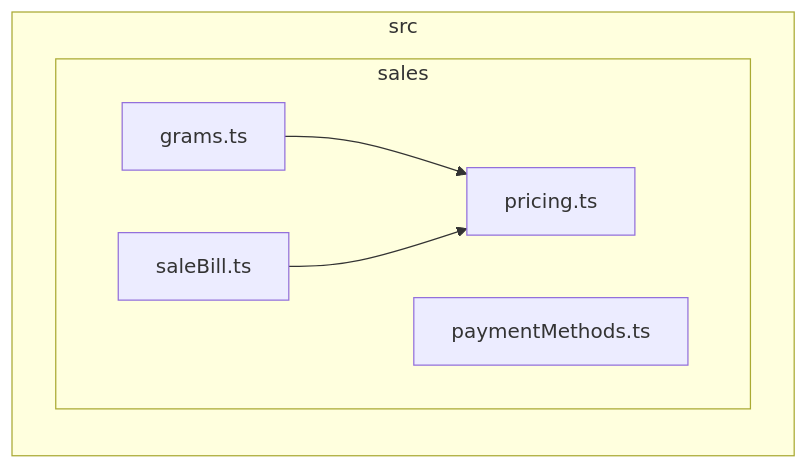
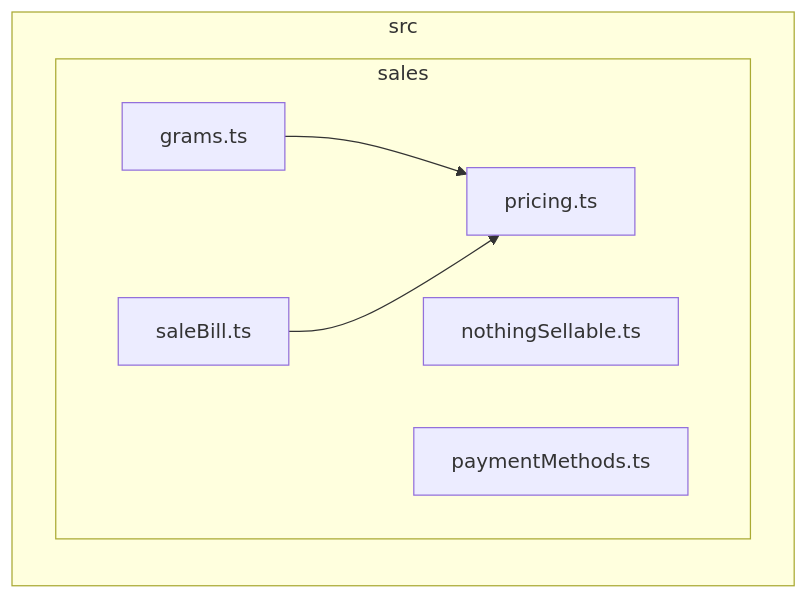
Before and after one commit to GonzaloZevallos/apostrophe: the diagram in docs/architecture/generated/front-modules/sales.md, drawn with Mermaid. The commit also changed 1 other file, not shown here.

Commit message:
chore(docs): regenerate [skip ci]

````diff
--- a/docs/architecture/generated/front-modules/sales.md
+++ b/docs/architecture/generated/front-modules/sales.md
@@ -7,13 +7,14 @@
 ```mermaid
 flowchart LR
 subgraph src["src"]
   subgraph src_sales["sales"]
     src_sales_grams_ts["grams.ts"]
+    src_sales_nothingSellable_ts["nothingSellable.ts"]
     src_sales_paymentMethods_ts["paymentMethods.ts"]
     src_sales_pricing_ts["pricing.ts"]
     src_sales_saleBill_ts["saleBill.ts"]
   end
 end
 src_sales_grams_ts-->src_sales_pricing_ts
 src_sales_saleBill_ts-->src_sales_pricing_ts
 ```
````
